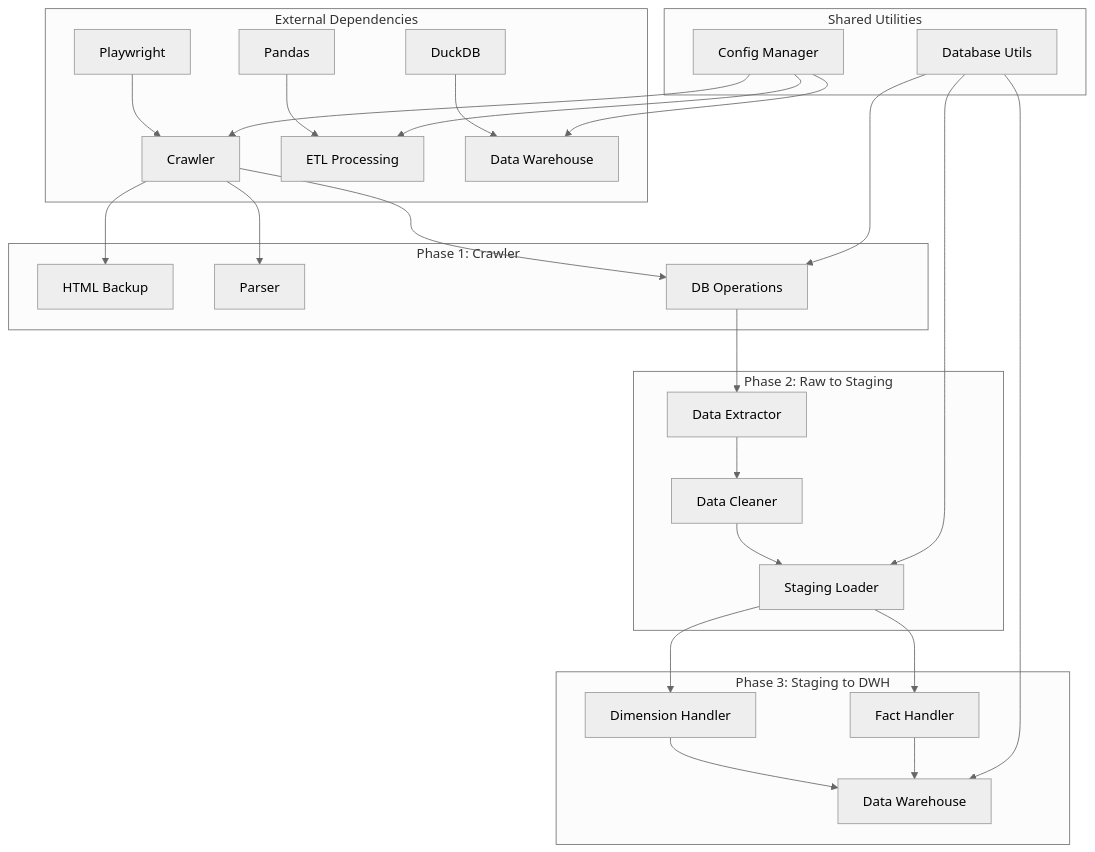
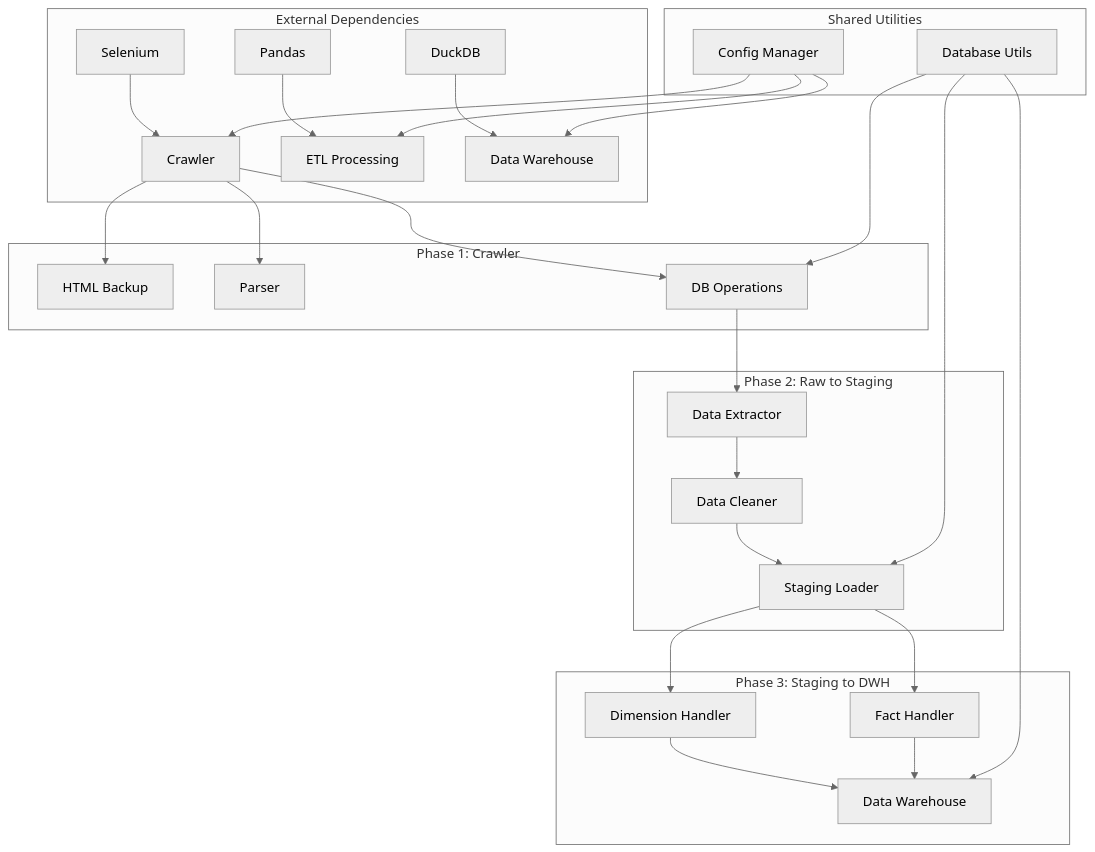
Before and after one commit to Trantuan24/JobInsight_Data_Pipeline: the diagram in docs/Project_Structure_Documentation.md, drawn with Mermaid (neutral theme). The commit also changed other lines of this file and 17 other files, not shown here.

````diff
--- a/docs/Project_Structure_Documentation.md
+++ b/docs/Project_Structure_Documentation.md
@@ -206,36 +208,36 @@
 ```mermaid
 graph TD
     subgraph "External Dependencies"
-        A[Playwright] --> B[Crawler]
+        A[Selenium] --> B[Crawler]
         C[Pandas] --> D[ETL Processing]
         E[DuckDB] --> F[Data Warehouse]
     end
     
     subgraph "Phase 1: Crawler"
         B --> G[HTML Backup]
         B --> H[Parser]
         B --> I[DB Operations]
     end
     
     subgraph "Phase 2: Raw to Staging"
         I --> J[Data Extractor]
         J --> K[Data Cleaner]
         K --> L[Staging Loader]
     end
     
     subgraph "Phase 3: Staging to DWH"
         L --> M[Dimension Handler]
         L --> N[Fact Handler]
         M --> O[Data Warehouse]
         N --> O
     end
     
     subgraph "Shared Utilities"
         P[Database Utils] --> I
         P --> L
         P --> O
         Q[Config Manager] --> B
         Q --> D
         Q --> F
     end
 ```
````
